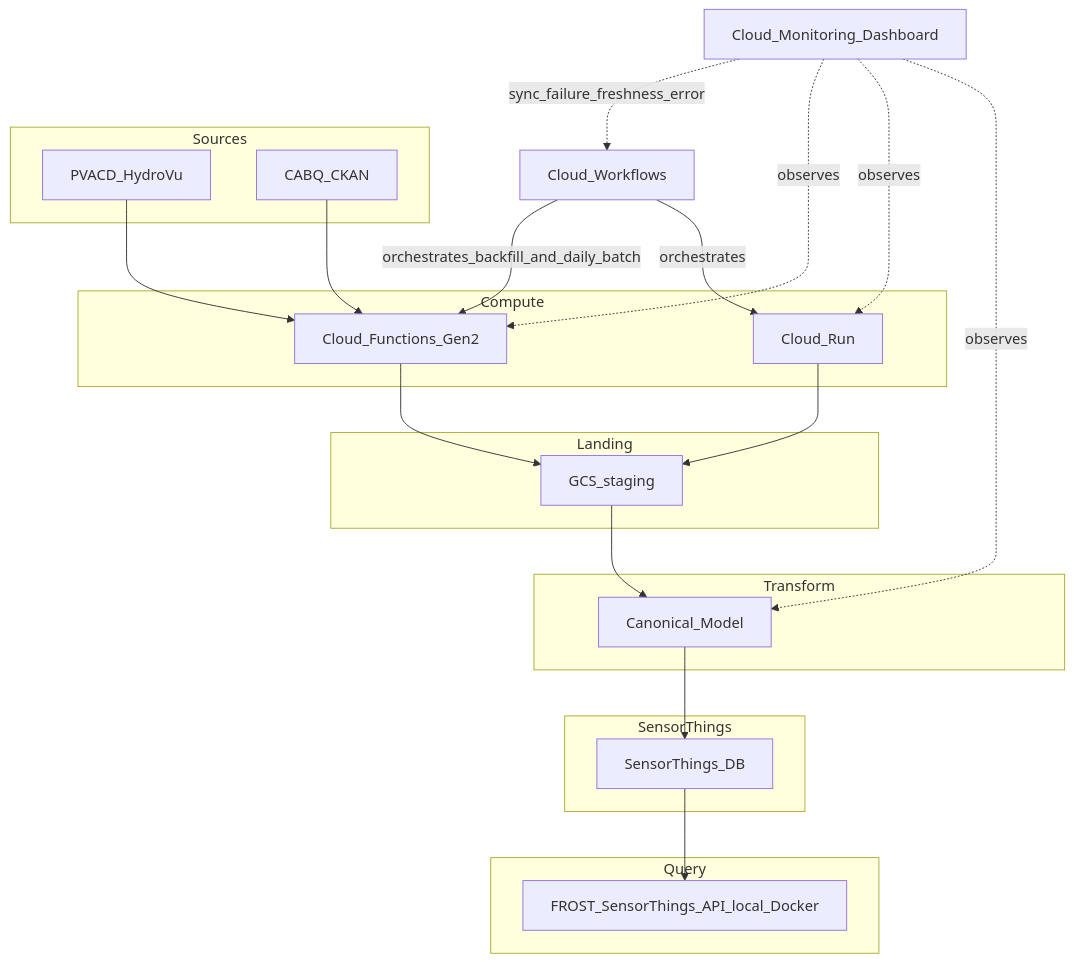
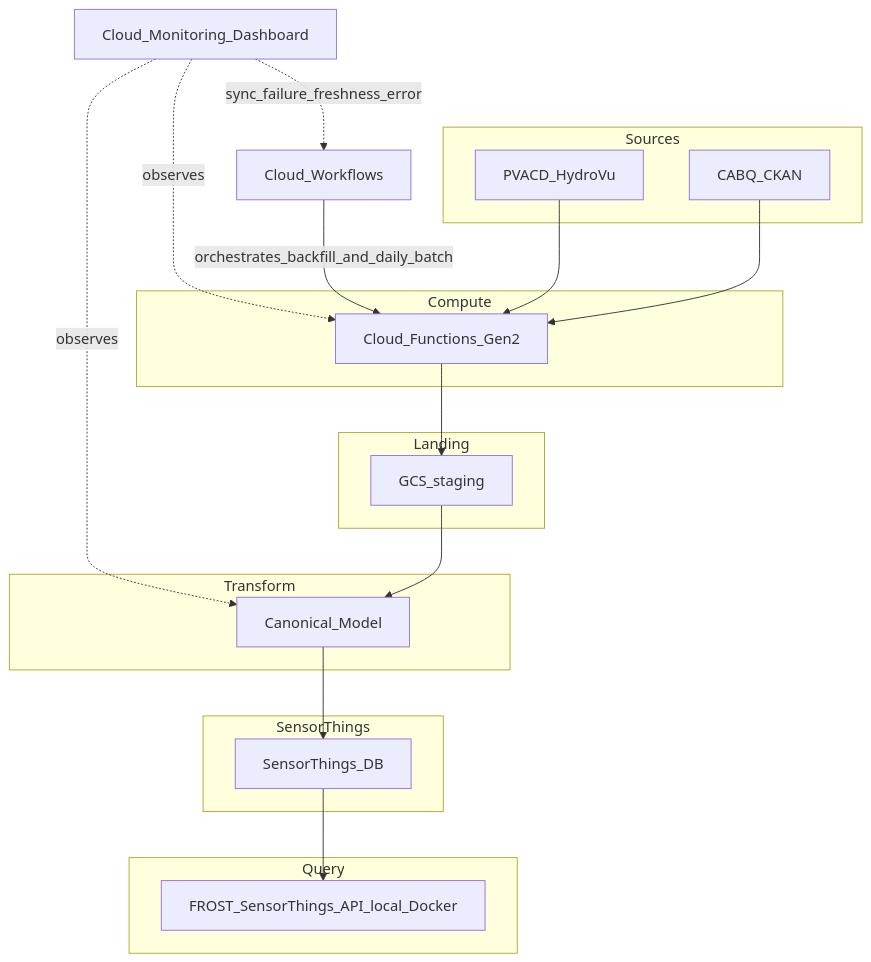
Before and after one commit to DataIntegrationGroup/aqueduct-poc-alpha: the diagram in README.md, drawn with Mermaid. The commit also changed other lines of this file and 16 other files, not shown here.

````diff
--- a/README.md
+++ b/README.md
@@ -32,38 +32,34 @@
 ```mermaid
 flowchart TB
   Mon[Cloud_Monitoring_Dashboard]
   WF[Cloud_Workflows]
   subgraph sources [Sources]
     HydroVu[PVACD_HydroVu]
     CABQ[CABQ_CKAN]
   end
   subgraph ingest [Compute]
     CF[Cloud_Functions_Gen2]
-    CR[Cloud_Run]
   end
   subgraph land [Landing]
     GCS[GCS_staging]
   end
   subgraph curate [Transform]
     Xform[Canonical_Model]
   end
   subgraph persist [SensorThings]
     ST[SensorThings_DB]
   end
   subgraph serve [Query]
     FROST[FROST_SensorThings_API_local_Docker]
   end
   Mon -.->|sync_failure_freshness_error| WF
   Mon -.->|observes| CF
-  Mon -.->|observes| CR
   Mon -.->|observes| Xform
   WF -->|orchestrates_backfill_and_daily_batch| CF
-  WF -->|orchestrates| CR
   HydroVu --> CF
   CABQ --> CF
   CF --> GCS
-  CR --> GCS
   GCS --> Xform
   Xform --> ST
   ST --> FROST
 ```
````
